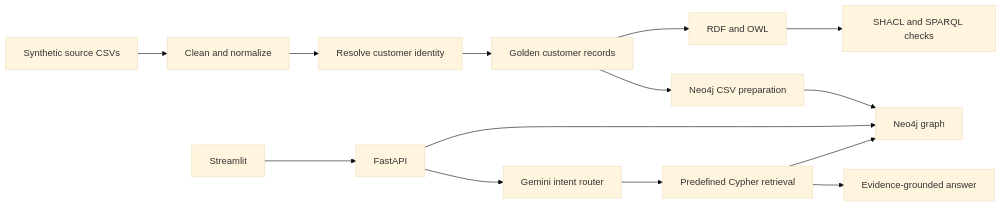
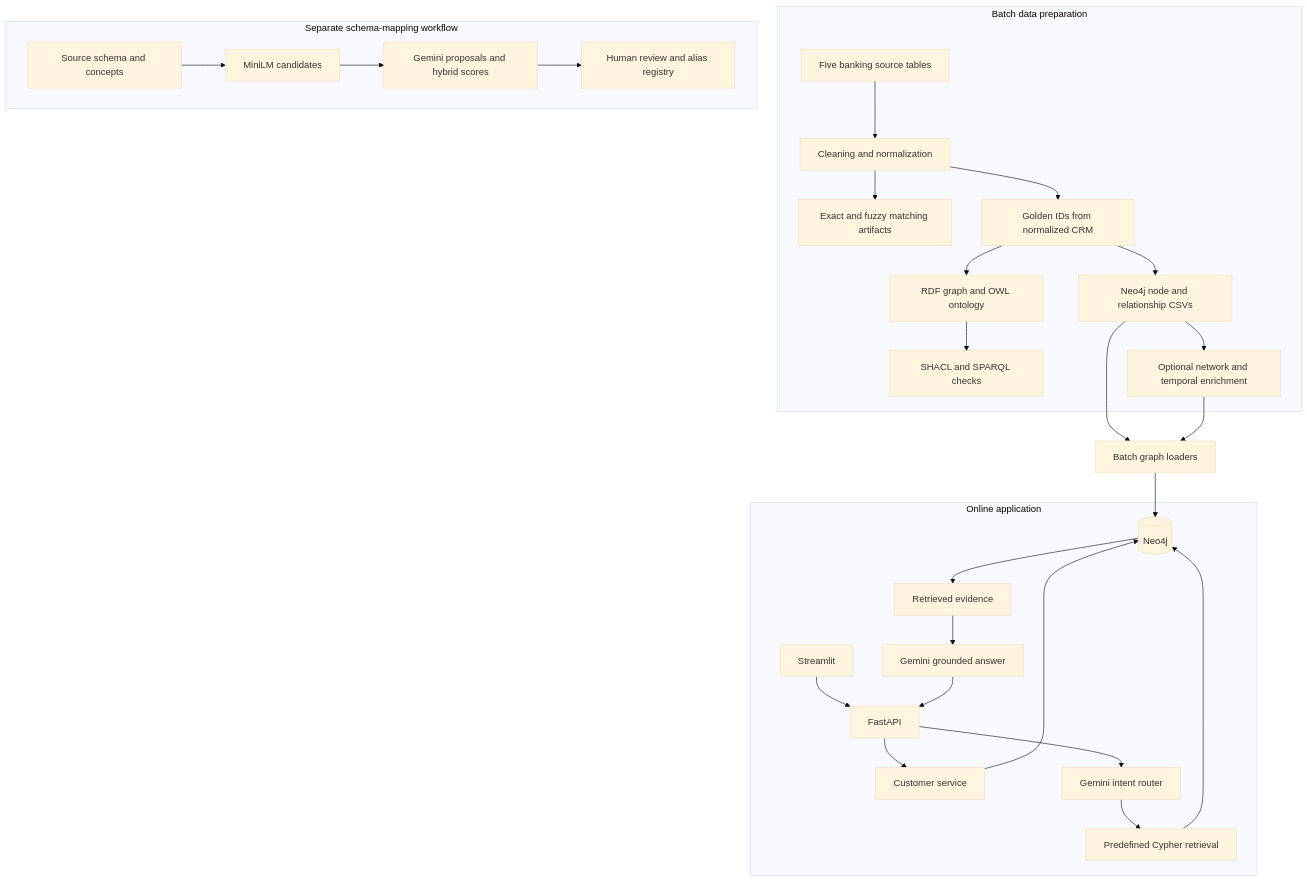
The first of 4 diagrams in README.md (eixilmayur-create/banking-knowledge-graph), drawn with Mermaid (base theme) before and after one commit. The commit also changed other lines of this file and 2 other files, not shown here.

Commit message:
Expand architecture, GraphRAG workflows and project setup documentation

````diff
--- a/README.md
+++ b/README.md
@@ -24,16 +50,31 @@
 ```mermaid
-flowchart LR
-    A[Synthetic source CSVs] --> B[Clean and normalize]
-    B --> C[Resolve customer identity]
-    C --> D[Golden customer records]
-    D --> E[RDF and OWL]
-    E --> F[SHACL and SPARQL checks]
-    D --> G[Neo4j CSV preparation]
-    G --> H[Neo4j graph]
-    I[Streamlit] --> J[FastAPI]
-    J --> H
-    J --> K[Gemini intent router]
-    K --> L[Predefined Cypher retrieval]
-    L --> H
-    L --> M[Evidence-grounded answer]
+flowchart TB
+    subgraph Batch[Batch data preparation]
+        Raw[Five banking source tables] --> Clean[Cleaning and normalization]
+        Clean --> ER[Exact and fuzzy matching artifacts]
+        Clean --> Golden[Golden IDs from normalized CRM]
+        Golden --> RDF[RDF graph and OWL ontology]
+        RDF --> Quality[SHACL and SPARQL checks]
+        Golden --> CSV[Neo4j node and relationship CSVs]
+        CSV --> Extra[Optional network and temporal enrichment]
+    end
+    subgraph Serving[Online application]
+        UI[Streamlit] --> API[FastAPI]
+        API --> Customer[Customer service]
+        API --> Router[Gemini intent router]
+        Router --> Retrieve[Predefined Cypher retrieval]
+        Customer --> DB[(Neo4j)]
+        Retrieve --> DB
+        DB --> Evidence[Retrieved evidence]
+        Evidence --> Answer[Gemini grounded answer]
+        Answer --> API
+    end
+    CSV --> Loader[Batch graph loaders]
+    Extra --> Loader
+    Loader --> DB
+    subgraph Mapping[Separate schema-mapping workflow]
+        Schema[Source schema and concepts] --> Embeddings[MiniLM candidates]
+        Embeddings --> Hybrid[Gemini proposals and hybrid scores]
+        Hybrid --> Review[Human review and alias registry]
+    end
 ```
````
